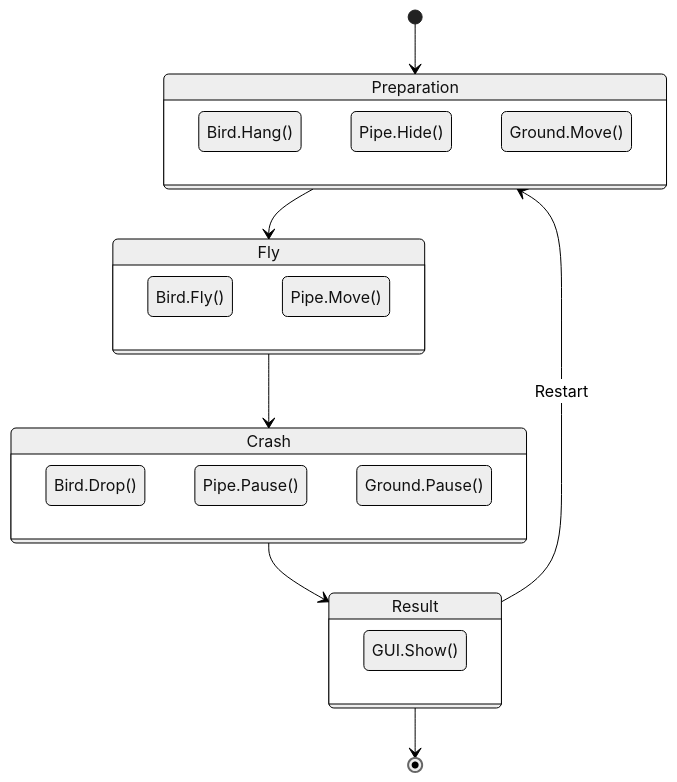
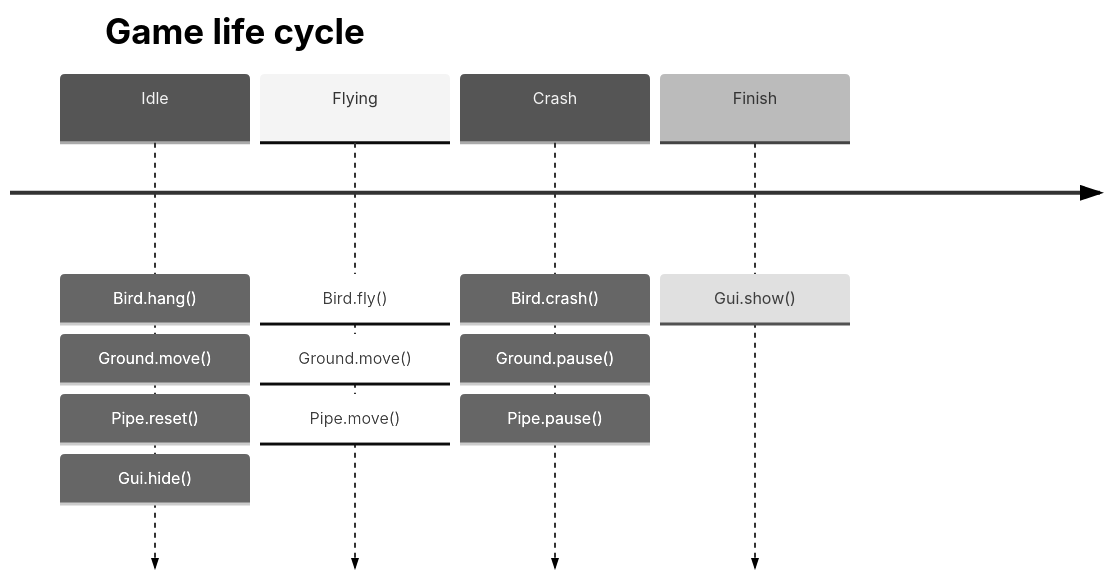
One commit to galacean/galacean.github.io changed the second of 2 diagrams in docs/editor-first-2d-project.zh-CN.md. Above: the diagram before and after it, drawn with Mermaid (neutral theme). The commit also changed other lines of this file, not shown here.

````diff
--- a/docs/editor-first-2d-project.zh-CN.md
+++ b/docs/editor-first-2d-project.zh-CN.md
@@ -110,30 +238,8 @@
 ```mermaid
-stateDiagram
-    [*] --> Preparation
-    Preparation --> Fly
-    Fly --> Crash
-    Crash --> Result
-    Result --> Preparation: Restart
-    Result --> [*]
-
-    state Preparation {
-      Bird.Hang()
-      Pipe.Hide()
-      Ground.Move()
-    }
-
-    state Fly {
-       Bird.Fly()
-       Pipe.Move()
-    }
-
-    state Crash {
-       Bird.Drop()
-       Pipe.Pause()
-       Ground.Pause()
-    }
-
-    state Result {
-      GUI.Show()
-    }
+timeline
+     title Game life cycle
+     Idle : Bird.hang() : Ground.move() : Pipe.reset() : Gui.hide()
+     Flying : Bird.fly() : Ground.move() : Pipe.move()
+     Crash : Bird.crash() : Ground.pause() : Pipe.pause()
+     Finish : Gui.show()
 ```
````
